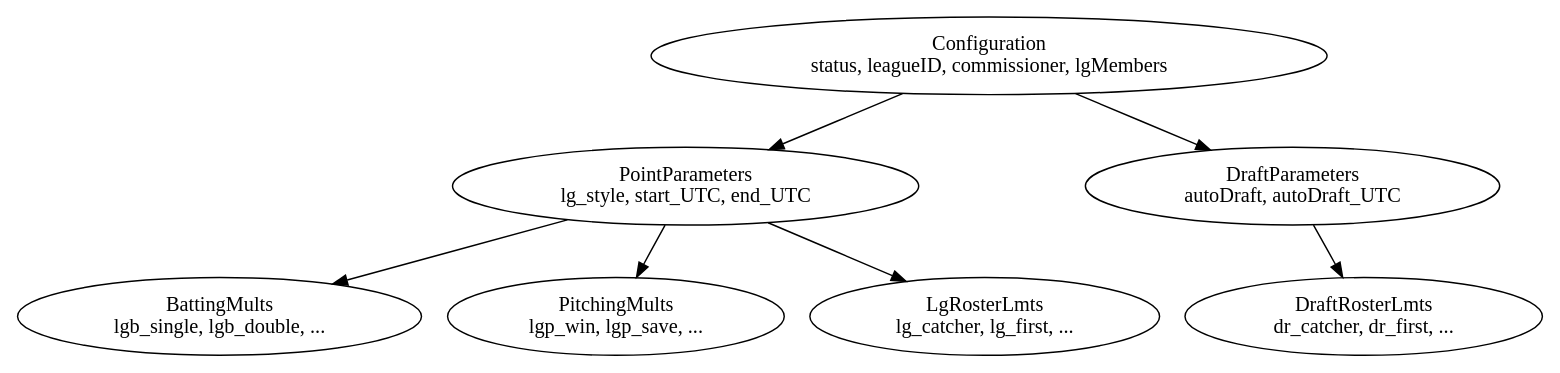
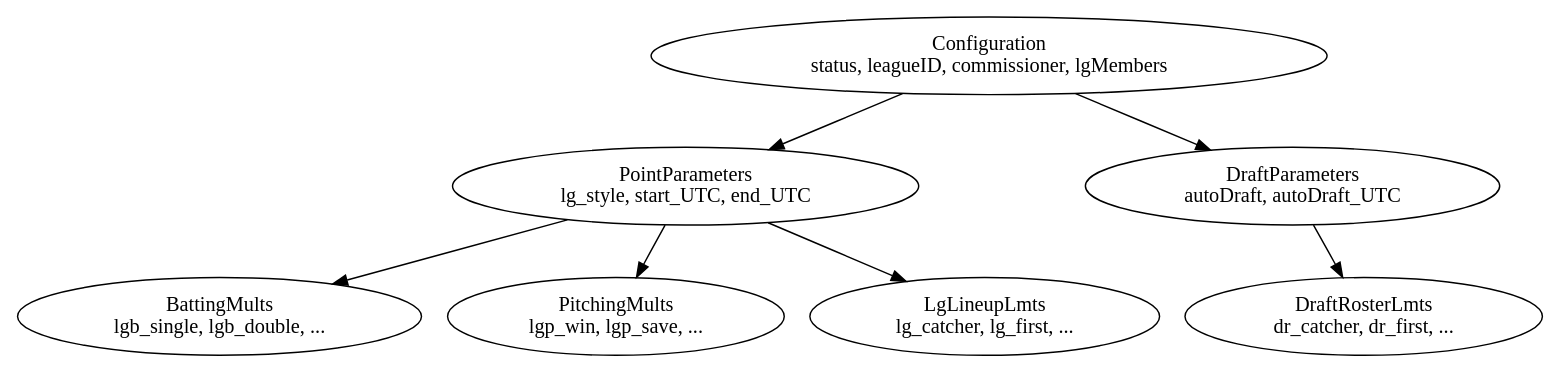
Before and after one commit to cardanonix/pelotero-engine: the diagram in testFiles/configurationGraph.dot, drawn with Graphviz. The commit also changed 8 other files, not shown here.

```diff
--- a/testFiles/configurationGraph.dot
+++ b/testFiles/configurationGraph.dot
@@ -1,15 +1,15 @@
 digraph ConfigurationGraph {
     Configuration [label="Configuration\nstatus, leagueID, commissioner, lgMembers"];
     PointParameters [label="PointParameters\nlg_style, start_UTC, end_UTC"];
     BattingMults [label="BattingMults\nlgb_single, lgb_double, ..."];
     PitchingMults [label="PitchingMults\nlgp_win, lgp_save, ..."];
-    LgRosterLmts [label="LgRosterLmts\nlg_catcher, lg_first, ..."];
+    LgLineupLmts [label="LgLineupLmts\nlg_catcher, lg_first, ..."];
     DraftParameters [label="DraftParameters\nautoDraft, autoDraft_UTC"];
     DraftRosterLmts [label="DraftRosterLmts\ndr_catcher, dr_first, ..."];
     Configuration -> PointParameters;
     Configuration -> DraftParameters;
     PointParameters -> BattingMults;
     PointParameters -> PitchingMults;
-    PointParameters -> LgRosterLmts;
+    PointParameters -> LgLineupLmts;
     DraftParameters -> DraftRosterLmts;
 }
```
